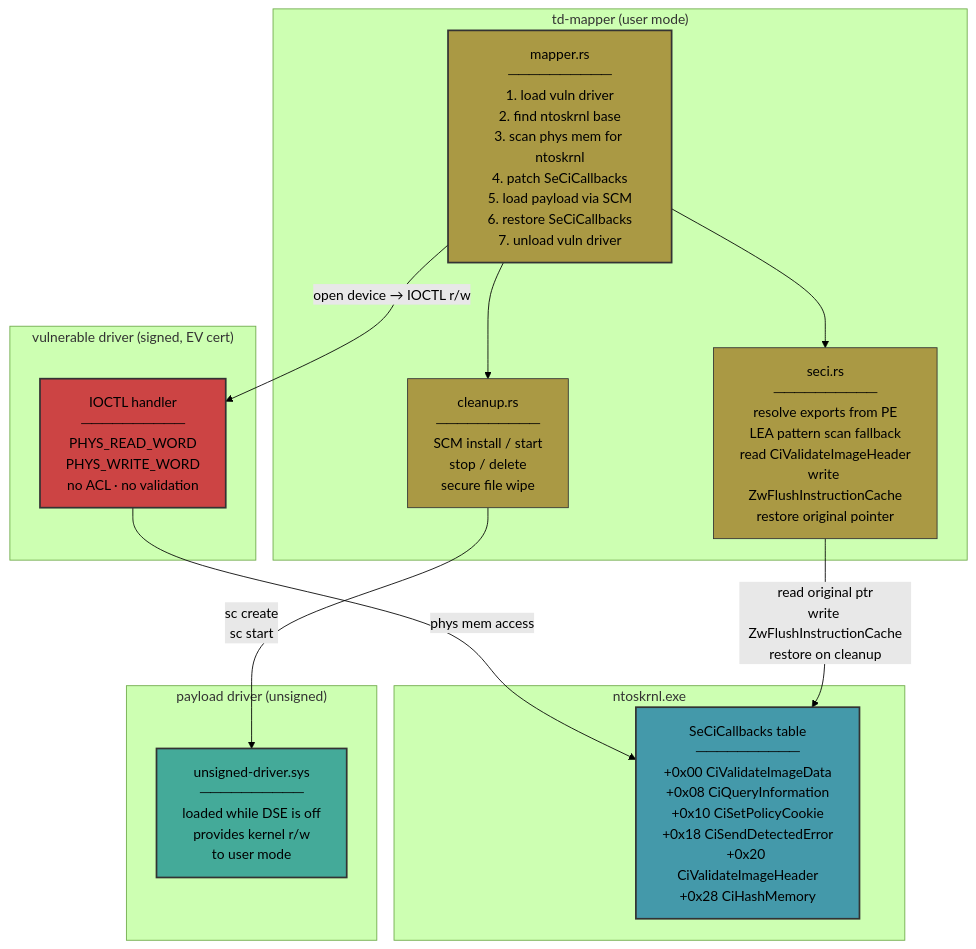
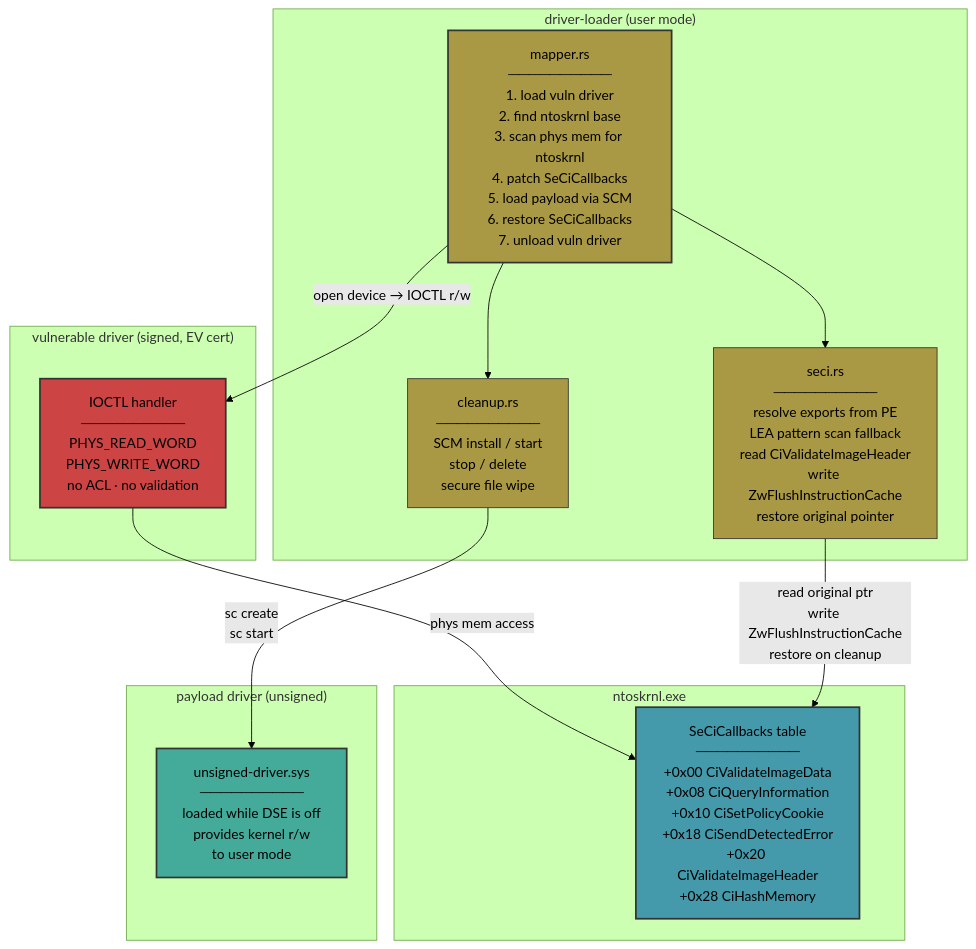
One commit to narzaut/seci-callbacks-patch-PoC changed the diagram in README.md. Above: the diagram before and after it, drawn with Mermaid (forest theme).

````diff
--- a/README.md
+++ b/README.md
@@ -6,29 +6,29 @@
 ```mermaid
 graph TB
-    subgraph Mapper["td-mapper (user mode)"]
+    subgraph Mapper["driver-loader (user mode)"]
         MAP["mapper.rs<br/>──────────<br/>1. load vuln driver<br/>2. find ntoskrnl base<br/>3. scan phys mem for ntoskrnl<br/>4. patch SeCiCallbacks<br/>5. load payload via SCM<br/>6. restore SeCiCallbacks<br/>7. unload vuln driver"]
         SECI["seci.rs<br/>──────────<br/>resolve exports from PE<br/>LEA pattern scan fallback<br/>read CiValidateImageHeader<br/>write ZwFlushInstructionCache<br/>restore original pointer"]
         NTLD["cleanup.rs<br/>──────────<br/>SCM install / start<br/>stop / delete<br/>secure file wipe"]
     end
     subgraph Kernel["ntoskrnl.exe"]
         NT["SeCiCallbacks table<br/>──────────<br/>+0x00 CiValidateImageData<br/>+0x08 CiQueryInformation<br/>+0x10 CiSetPolicyCookie<br/>+0x18 CiSendDetectedError<br/>+0x20 CiValidateImageHeader<br/>+0x28 CiHashMemory"]
     end
     subgraph VulnDrv["vulnerable driver (signed, EV cert)"]
         VD["IOCTL handler<br/>──────────<br/>PHYS_READ_WORD<br/>PHYS_WRITE_WORD<br/>no ACL · no validation"]
     end
     subgraph Payload["payload driver (unsigned)"]
         TD["unsigned-driver.sys<br/>──────────<br/>loaded while DSE is off<br/>provides kernel r/w<br/>to user mode"]
     end
     MAP --> SECI
     MAP --> NTLD
     MAP -->|"open device → IOCTL r/w"| VD
     VD -->|"phys mem access"| NT
     SECI -->|"read original ptr<br/>write ZwFlushInstructionCache<br/>restore on cleanup"| NT
     NTLD -->|"sc create<br/>sc start"| TD
     style MAP fill:#a94,stroke:#333,stroke-width:2px,color:#000
     style SECI fill:#a94,stroke:#333,color:#000
     style NTLD fill:#a94,stroke:#333,color:#000
     style NT fill:#49a,stroke:#333,stroke-width:2px,color:#000
     style VD fill:#c44,stroke:#333,stroke-width:2px,color:#000
     style TD fill:#4a9,stroke:#333,stroke-width:2px,color:#000
 ```
````
